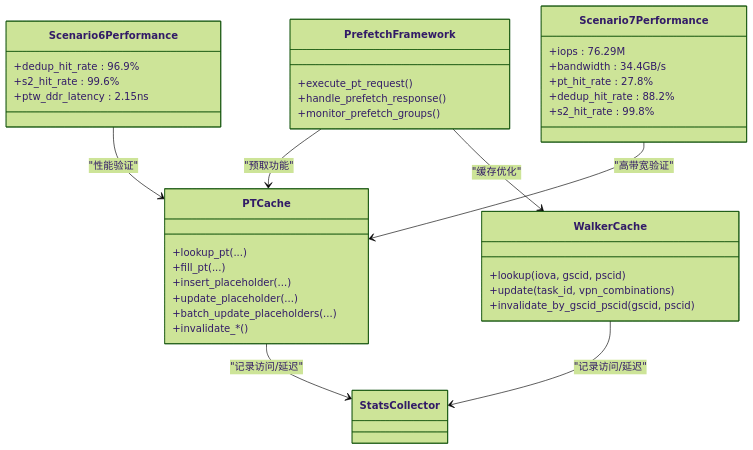
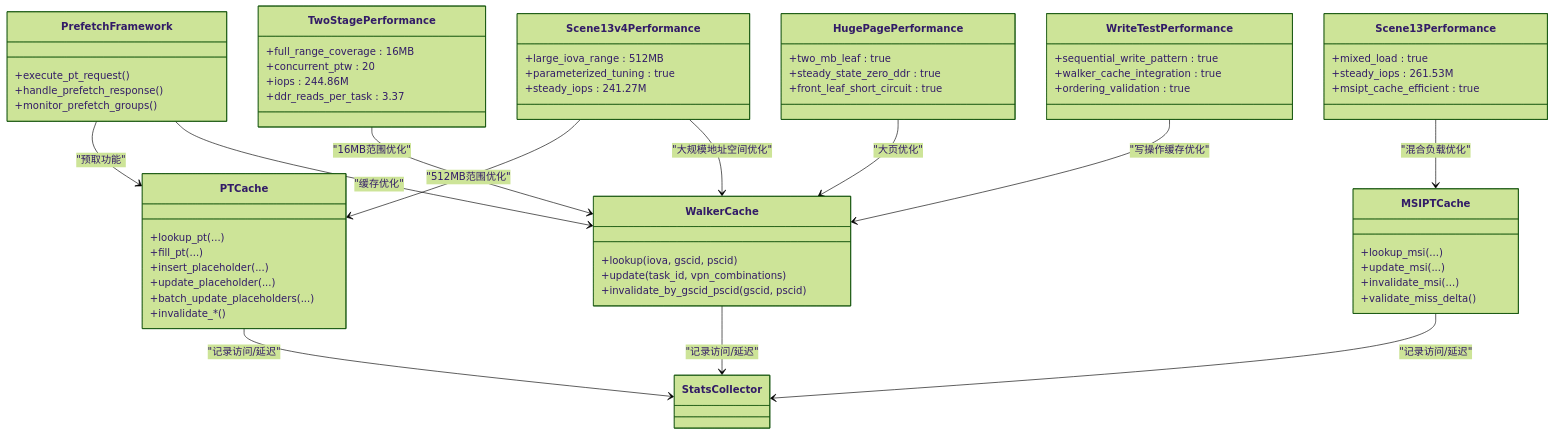
One commit to jiangjiang1122/iommu_model_20260401_v1 changed diagram 17 of 20 in .qoder/repowiki/zh/content/测试与验证/性能测试/性能测试.md. Above: the diagram before and after it, drawn with Mermaid (forest theme). The commit also changed other lines of this file and 159 other files, not shown here.

Commit message:
chore: 更新知识库文档 + 新增PTW并发分析图表与数据文件

````diff
--- a/.qoder/repowiki/zh/content/测试与验证/性能测试/性能测试.md
+++ b/.qoder/repowiki/zh/content/测试与验证/性能测试/性能测试.md
@@ -711,39 +1066,64 @@
 ```mermaid
 classDiagram
 class PTCache {
 +lookup_pt(...)
 +fill_pt(...)
 +insert_placeholder(...)
 +update_placeholder(...)
 +batch_update_placeholders(...)
 +invalidate_*()
 }
 class WalkerCache {
 +lookup(iova, gscid, pscid)
 +update(task_id, vpn_combinations)
 +invalidate_by_gscid_pscid(gscid, pscid)
 }
+class MSIPTCache {
++lookup_msi(...)
++update_msi(...)
++invalidate_msi(...)
++validate_miss_delta()
+}
 class PrefetchFramework {
 +execute_pt_request()
 +handle_prefetch_response()
 +monitor_prefetch_groups()
 }
-class Scenario6Performance {
-+dedup_hit_rate : 96.9%
-+s2_hit_rate : 99.6%
-+ptw_ddr_latency : 2.15ns
+class TwoStagePerformance {
++full_range_coverage : 16MB
++concurrent_ptw : 20
++iops : 244.86M
++ddr_reads_per_task : 3.37
 }
-class Scenario7Performance {
-+iops : 76.29M
-+bandwidth : 34.4GB/s
-+pt_hit_rate : 27.8%
-+dedup_hit_rate : 88.2%
-+s2_hit_rate : 99.8%
+class HugePagePerformance {
++two_mb_leaf : true
++steady_state_zero_ddr : true
++front_leaf_short_circuit : true
+}
+class Scene13Performance {
++mixed_load : true
++steady_iops : 261.53M
++msipt_cache_efficient : true
+}
+class Scene13v4Performance {
++large_iova_range : 512MB
++parameterized_tuning : true
++steady_iops : 241.27M
+}
+class WriteTestPerformance {
++sequential_write_pattern : true
++walker_cache_integration : true
++ordering_validation : true
 }
 PTCache --> StatsCollector : "记录访问/延迟"
 WalkerCache --> StatsCollector : "记录访问/延迟"
+MSIPTCache --> StatsCollector : "记录访问/延迟"
 PrefetchFramework --> PTCache : "预取功能"
 PrefetchFramework --> WalkerCache : "缓存优化"
-Scenario6Performance --> PTCache : "性能验证"
-Scenario7Performance --> PTCache : "高带宽验证"
+TwoStagePerformance --> WalkerCache : "16MB范围优化"
+HugePagePerformance --> WalkerCache : "大页优化"
+Scene13Performance --> MSIPTCache : "混合负载优化"
+Scene13v4Performance --> PTCache : "512MB范围优化"
+Scene13v4Performance --> WalkerCache : "大规模地址空间优化"
+WriteTestPerformance --> WalkerCache : "写操作缓存优化"
 ```
````
